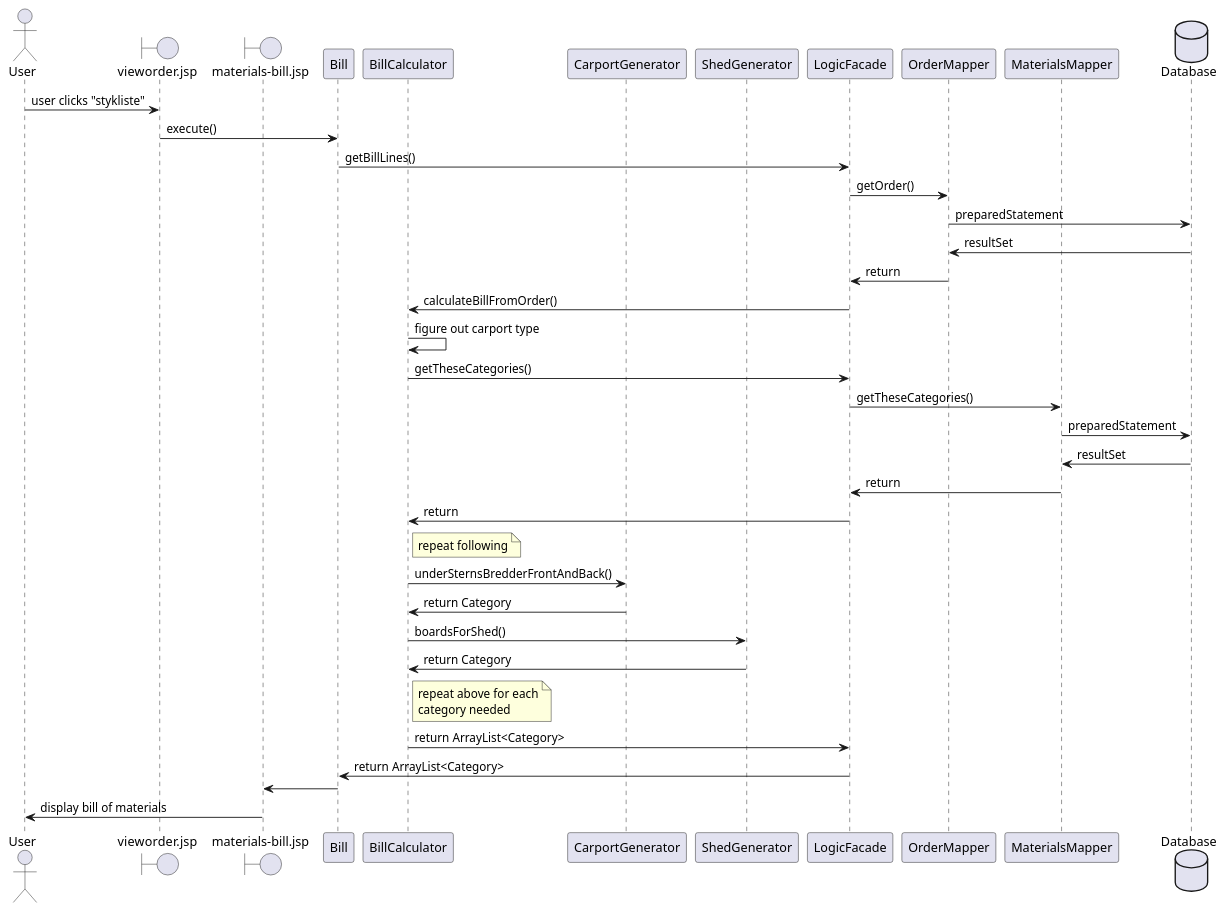
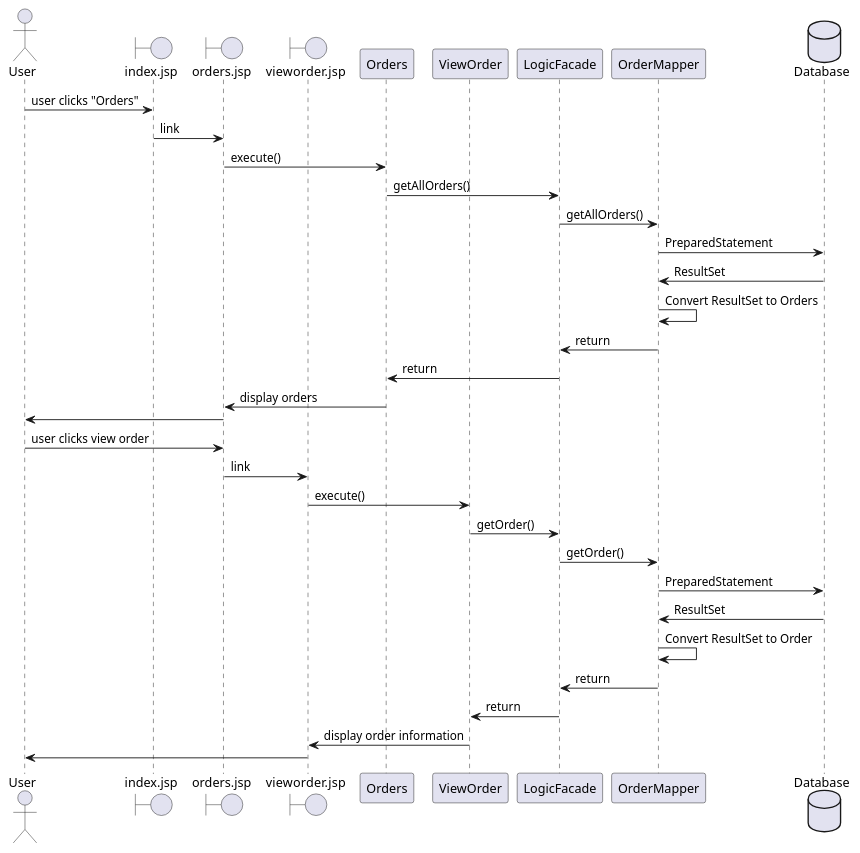
One commit to olvang/Fogbyggemarked changed the diagram in other/diagrams/SequenceDiagramViewOrder.puml. Above: the diagram before and after it, drawn with PlantUML. The commit also changed 8 other files, not shown here.

Commit message:
creates diagram pngs and updates puml files

```diff
--- a/other/diagrams/SequenceDiagramViewOrder.puml
+++ b/other/diagrams/SequenceDiagramViewOrder.puml
@@ -1,50 +1,40 @@
 @startuml
 
 Actor User as user
+boundary "index.jsp" as request
+boundary "orders.jsp" as orders
 boundary "vieworder.jsp" as vieworder
-boundary "materials-bill.jsp" as matbill
-participant "Bill" as bill
-participant "BillCalculator" as billcalc
-participant "CarportGenerator" as carportgen
-participant "ShedGenerator" as shedgen
+participant "Orders" as Orders
+participant "ViewOrder" as ViewOrder
 participant LogicFacade
 participant OrderMapper
-participant MaterialsMapper
 database "Database" as database
 
-user -> vieworder : user clicks "stykliste"
-vieworder -> bill : execute()
-bill -> LogicFacade : getBillLines()
+user -> request : user clicks "Orders"
+request -> orders : link
+orders -> Orders : execute()
+Orders -> LogicFacade : getAllOrders()
+LogicFacade -> OrderMapper : getAllOrders()
+OrderMapper -> database : PreparedStatement
+database -> OrderMapper : ResultSet
+OrderMapper -> OrderMapper : Convert ResultSet to Orders
+OrderMapper -> LogicFacade : return
+LogicFacade -> Orders : return
+Orders -> orders : display orders
+orders -> user
+
+user -> orders : user clicks view order
+orders -> vieworder : link
+vieworder -> ViewOrder : execute()
+ViewOrder -> LogicFacade : getOrder()
 LogicFacade -> OrderMapper : getOrder()
-OrderMapper -> database : preparedStatement
-database -> OrderMapper : resultSet
+OrderMapper -> database : PreparedStatement
+database -> OrderMapper : ResultSet
+OrderMapper -> OrderMapper : Convert ResultSet to Order
 OrderMapper -> LogicFacade : return
-LogicFacade -> billcalc : calculateBillFromOrder()
-billcalc -> billcalc : figure out carport type
-billcalc -> LogicFacade : getTheseCategories()
-LogicFacade -> MaterialsMapper : getTheseCategories()
-MaterialsMapper -> database : preparedStatement
-database -> MaterialsMapper : resultSet
-MaterialsMapper -> LogicFacade : return
-LogicFacade -> billcalc : return
+LogicFacade -> ViewOrder : return
+ViewOrder -> vieworder : display order information
+vieworder -> user
 
-note right of billcalc
-repeat following
-end note
-
-billcalc -> carportgen : underSternsBredderFrontAndBack()
-carportgen -> billcalc : return Category
-billcalc -> shedgen : boardsForShed()
-shedgen -> billcalc : return Category
-
-note right of billcalc
-repeat above for each
-category needed
-end note
-
-billcalc -> LogicFacade : return ArrayList<Category>
-LogicFacade -> bill : return ArrayList<Category>
-bill -> matbill
-matbill -> user : display bill of materials
 
 @enduml
```
